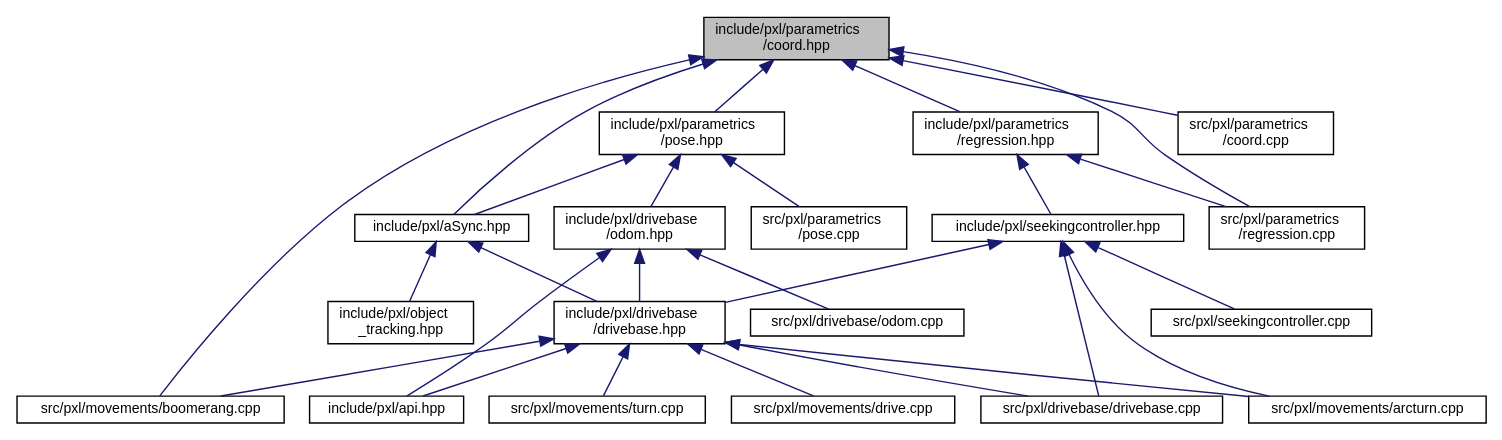
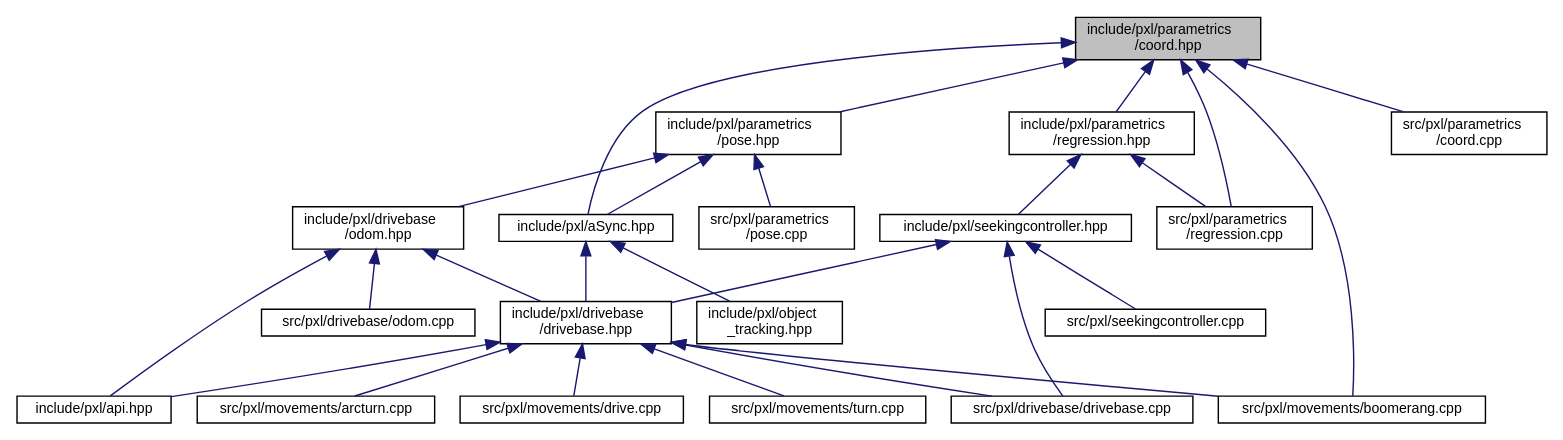
One commit to Pixel-Lib/Pixel changed the diagram in coord_8hpp__dep__incl.dot. Above: the diagram before and after it, drawn with Graphviz. The commit also changed 132 other files, not shown here.

```diff
--- a/coord_8hpp__dep__incl.dot
+++ b/coord_8hpp__dep__incl.dot
@@ -1,51 +1,50 @@
 digraph "include/pxl/parametrics/coord.hpp"
 {
  // LATEX_PDF_SIZE
   edge [fontname="Helvetica",fontsize="10",labelfontname="Helvetica",labelfontsize="10"];
   node [fontname="Helvetica",fontsize="10",shape=record];
   Node1 [label="include/pxl/parametrics\l/coord.hpp",height=0.2,width=0.4,color="black", fillcolor="grey75", style="filled", fontcolor="black",tooltip=" "];
   Node1 -> Node2 [dir="back",color="midnightblue",fontsize="10",style="solid",fontname="Helvetica"];
   Node2 [label="include/pxl/aSync.hpp",height=0.2,width=0.4,color="black", fillcolor="white", style="filled",URL="$aSync_8hpp.html",tooltip=" "];
   Node2 -> Node3 [dir="back",color="midnightblue",fontsize="10",style="solid",fontname="Helvetica"];
   Node3 [label="include/pxl/drivebase\l/drivebase.hpp",height=0.2,width=0.4,color="black", fillcolor="white", style="filled",URL="$drivebase_8hpp.html",tooltip=" "];
   Node3 -> Node4 [dir="back",color="midnightblue",fontsize="10",style="solid",fontname="Helvetica"];
   Node4 [label="include/pxl/api.hpp",height=0.2,width=0.4,color="black", fillcolor="white", style="filled",URL="$api_8hpp.html",tooltip=" "];
   Node3 -> Node5 [dir="back",color="midnightblue",fontsize="10",style="solid",fontname="Helvetica"];
   Node5 [label="src/pxl/drivebase/drivebase.cpp",height=0.2,width=0.4,color="black", fillcolor="white", style="filled",URL="$drivebase_8cpp.html",tooltip=" "];
   Node3 -> Node6 [dir="back",color="midnightblue",fontsize="10",style="solid",fontname="Helvetica"];
   Node6 [label="src/pxl/movements/arcturn.cpp",height=0.2,width=0.4,color="black", fillcolor="white", style="filled",URL="$arcturn_8cpp.html",tooltip=" "];
   Node3 -> Node7 [dir="back",color="midnightblue",fontsize="10",style="solid",fontname="Helvetica"];
   Node7 [label="src/pxl/movements/boomerang.cpp",height=0.2,width=0.4,color="black", fillcolor="white", style="filled",URL="$boomerang_8cpp.html",tooltip=" "];
   Node3 -> Node8 [dir="back",color="midnightblue",fontsize="10",style="solid",fontname="Helvetica"];
   Node8 [label="src/pxl/movements/drive.cpp",height=0.2,width=0.4,color="black", fillcolor="white", style="filled",URL="$drive_8cpp.html",tooltip=" "];
   Node3 -> Node9 [dir="back",color="midnightblue",fontsize="10",style="solid",fontname="Helvetica"];
   Node9 [label="src/pxl/movements/turn.cpp",height=0.2,width=0.4,color="black", fillcolor="white", style="filled",URL="$turn_8cpp.html",tooltip=" "];
   Node2 -> Node10 [dir="back",color="midnightblue",fontsize="10",style="solid",fontname="Helvetica"];
   Node10 [label="include/pxl/object\l_tracking.hpp",height=0.2,width=0.4,color="black", fillcolor="white", style="filled",URL="$object__tracking_8hpp.html",tooltip=" "];
   Node1 -> Node11 [dir="back",color="midnightblue",fontsize="10",style="solid",fontname="Helvetica"];
   Node11 [label="include/pxl/parametrics\l/pose.hpp",height=0.2,width=0.4,color="black", fillcolor="white", style="filled",URL="$pose_8hpp.html",tooltip=" "];
   Node11 -> Node2 [dir="back",color="midnightblue",fontsize="10",style="solid",fontname="Helvetica"];
   Node11 -> Node12 [dir="back",color="midnightblue",fontsize="10",style="solid",fontname="Helvetica"];
   Node12 [label="include/pxl/drivebase\l/odom.hpp",height=0.2,width=0.4,color="black", fillcolor="white", style="filled",URL="$odom_8hpp.html",tooltip=" "];
   Node12 -> Node4 [dir="back",color="midnightblue",fontsize="10",style="solid",fontname="Helvetica"];
   Node12 -> Node3 [dir="back",color="midnightblue",fontsize="10",style="solid",fontname="Helvetica"];
   Node12 -> Node13 [dir="back",color="midnightblue",fontsize="10",style="solid",fontname="Helvetica"];
   Node13 [label="src/pxl/drivebase/odom.cpp",height=0.2,width=0.4,color="black", fillcolor="white", style="filled",URL="$odom_8cpp.html",tooltip=" "];
   Node11 -> Node14 [dir="back",color="midnightblue",fontsize="10",style="solid",fontname="Helvetica"];
   Node14 [label="src/pxl/parametrics\l/pose.cpp",height=0.2,width=0.4,color="black", fillcolor="white", style="filled",URL="$pose_8cpp.html",tooltip=" "];
   Node1 -> Node15 [dir="back",color="midnightblue",fontsize="10",style="solid",fontname="Helvetica"];
   Node15 [label="include/pxl/parametrics\l/regression.hpp",height=0.2,width=0.4,color="black", fillcolor="white", style="filled",URL="$regression_8hpp.html",tooltip=" "];
   Node15 -> Node16 [dir="back",color="midnightblue",fontsize="10",style="solid",fontname="Helvetica"];
   Node16 [label="include/pxl/seekingcontroller.hpp",height=0.2,width=0.4,color="black", fillcolor="white", style="filled",URL="$seekingcontroller_8hpp.html",tooltip=" "];
   Node16 -> Node3 [dir="back",color="midnightblue",fontsize="10",style="solid",fontname="Helvetica"];
   Node16 -> Node5 [dir="back",color="midnightblue",fontsize="10",style="solid",fontname="Helvetica"];
-  Node16 -> Node6 [dir="back",color="midnightblue",fontsize="10",style="solid",fontname="Helvetica"];
   Node16 -> Node17 [dir="back",color="midnightblue",fontsize="10",style="solid",fontname="Helvetica"];
   Node17 [label="src/pxl/seekingcontroller.cpp",height=0.2,width=0.4,color="black", fillcolor="white", style="filled",URL="$seekingcontroller_8cpp.html",tooltip=" "];
   Node15 -> Node18 [dir="back",color="midnightblue",fontsize="10",style="solid",fontname="Helvetica"];
   Node18 [label="src/pxl/parametrics\l/regression.cpp",height=0.2,width=0.4,color="black", fillcolor="white", style="filled",URL="$regression_8cpp.html",tooltip=" "];
   Node1 -> Node7 [dir="back",color="midnightblue",fontsize="10",style="solid",fontname="Helvetica"];
   Node1 -> Node19 [dir="back",color="midnightblue",fontsize="10",style="solid",fontname="Helvetica"];
   Node19 [label="src/pxl/parametrics\l/coord.cpp",height=0.2,width=0.4,color="black", fillcolor="white", style="filled",URL="$coord_8cpp.html",tooltip=" "];
   Node1 -> Node18 [dir="back",color="midnightblue",fontsize="10",style="solid",fontname="Helvetica"];
 }
```
